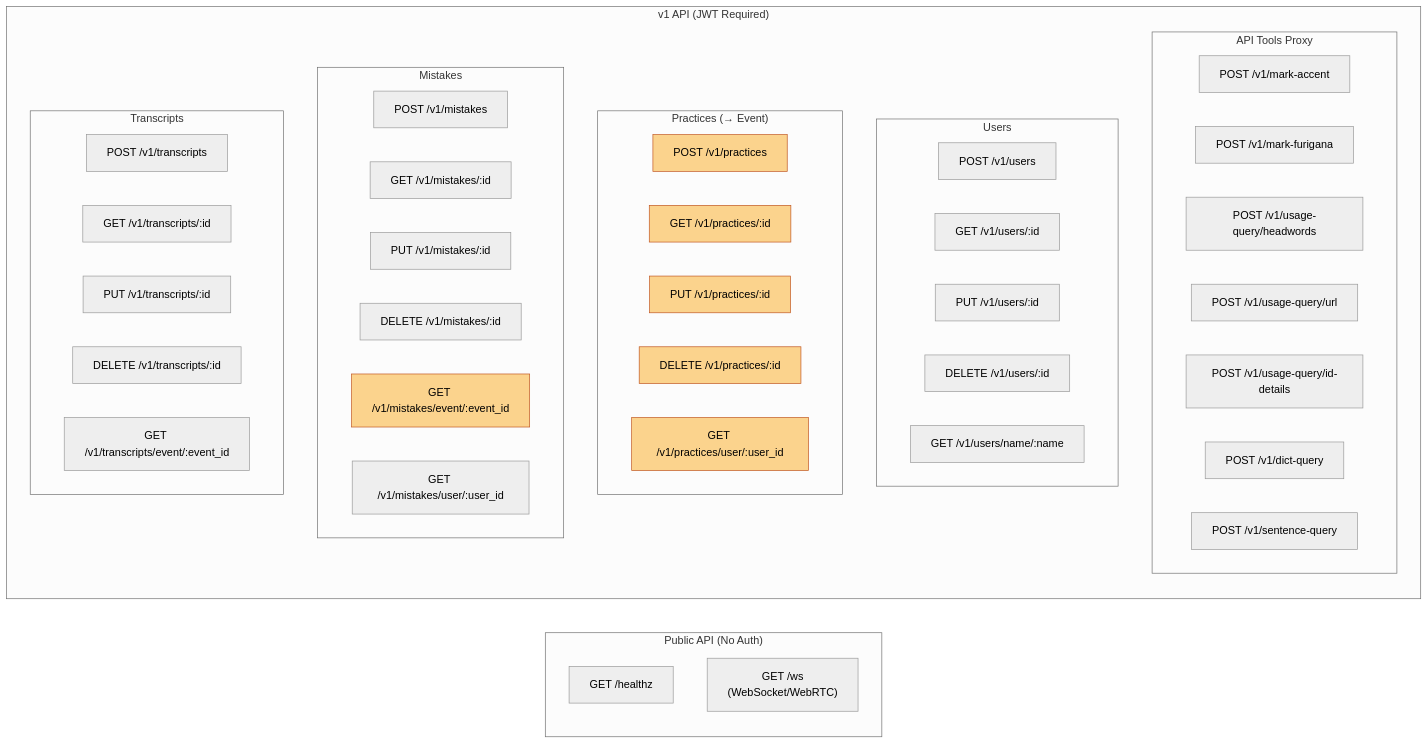
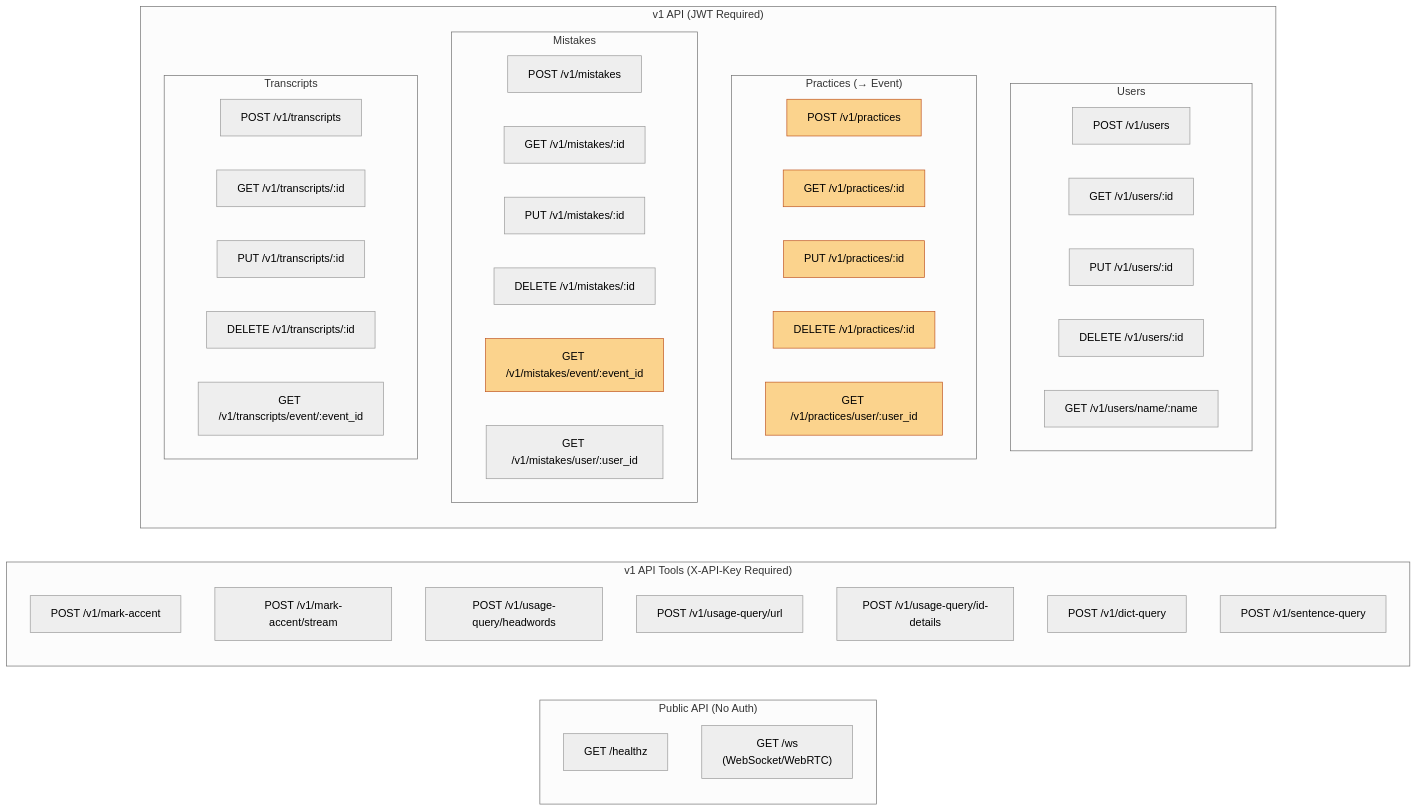
One commit to sessatakuma/jpcorrect-backend changed the fifth of 5 diagrams in docs/archecture.md. Above: the diagram before and after it, drawn with Mermaid (neutral theme). The commit also changed other lines of this file and 29 other files, not shown here.

First line of the commit message:
feat(api): integrate api-tools, harden auth, add portable deploy base (#38)

````diff
--- a/docs/archecture.md
+++ b/docs/archecture.md
@@ -273,59 +273,59 @@
 ```mermaid
 graph LR
     subgraph "Public API (No Auth)"
         HEALTH["GET /healthz"]
         WS["GET /ws<br/>(WebSocket/WebRTC)"]
     end
     
+    subgraph "v1 API Tools (X-API-Key Required)"
+        MA["POST /v1/mark-accent"]
+        MS["POST /v1/mark-accent/stream"]
+        UH["POST /v1/usage-query/headwords"]
+        UU["POST /v1/usage-query/url"]
+        UI["POST /v1/usage-query/id-details"]
+        DQ["POST /v1/dict-query"]
+        SQ["POST /v1/sentence-query"]
+    end
+    
     subgraph "v1 API (JWT Required)"
-        subgraph "API Tools Proxy"
-            MA["POST /v1/mark-accent"]
-            MF["POST /v1/mark-furigana"]
-            UH["POST /v1/usage-query/headwords"]
-            UU["POST /v1/usage-query/url"]
-            UI["POST /v1/usage-query/id-details"]
-            DQ["POST /v1/dict-query"]
-            SQ["POST /v1/sentence-query"]
-        end
-        
         subgraph "Users"
             UC["POST /v1/users"]
             UG["GET /v1/users/:id"]
             UU2["PUT /v1/users/:id"]
             UD["DELETE /v1/users/:id"]
             UGN["GET /v1/users/name/:name"]
         end
         
         subgraph "Practices (→ Event)"
             PC["POST /v1/practices"]
             PG["GET /v1/practices/:id"]
             PU["PUT /v1/practices/:id"]
             PD["DELETE /v1/practices/:id"]
             PGU["GET /v1/practices/user/:user_id"]
         end
         
         subgraph "Mistakes"
             MC["POST /v1/mistakes"]
             MG["GET /v1/mistakes/:id"]
             MU["PUT /v1/mistakes/:id"]
             MD["DELETE /v1/mistakes/:id"]
             MGE["GET /v1/mistakes/event/:event_id"]
             MGU["GET /v1/mistakes/user/:user_id"]
         end
         
         subgraph "Transcripts"
             TC["POST /v1/transcripts"]
             TG["GET /v1/transcripts/:id"]
             TU["PUT /v1/transcripts/:id"]
             TD["DELETE /v1/transcripts/:id"]
             TGM["GET /v1/transcripts/event/:event_id"]
         end
     end
     
     style PC fill:#fbd38d,stroke:#c05621
     style PG fill:#fbd38d,stroke:#c05621
     style PU fill:#fbd38d,stroke:#c05621
     style PD fill:#fbd38d,stroke:#c05621
     style PGU fill:#fbd38d,stroke:#c05621
     style MGE fill:#fbd38d,stroke:#c05621
 ```
````
